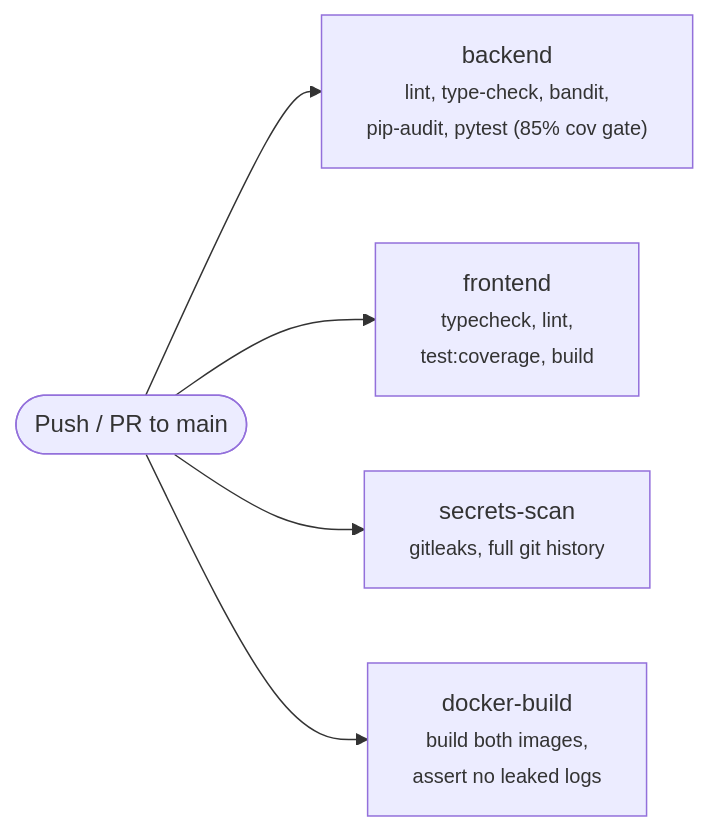
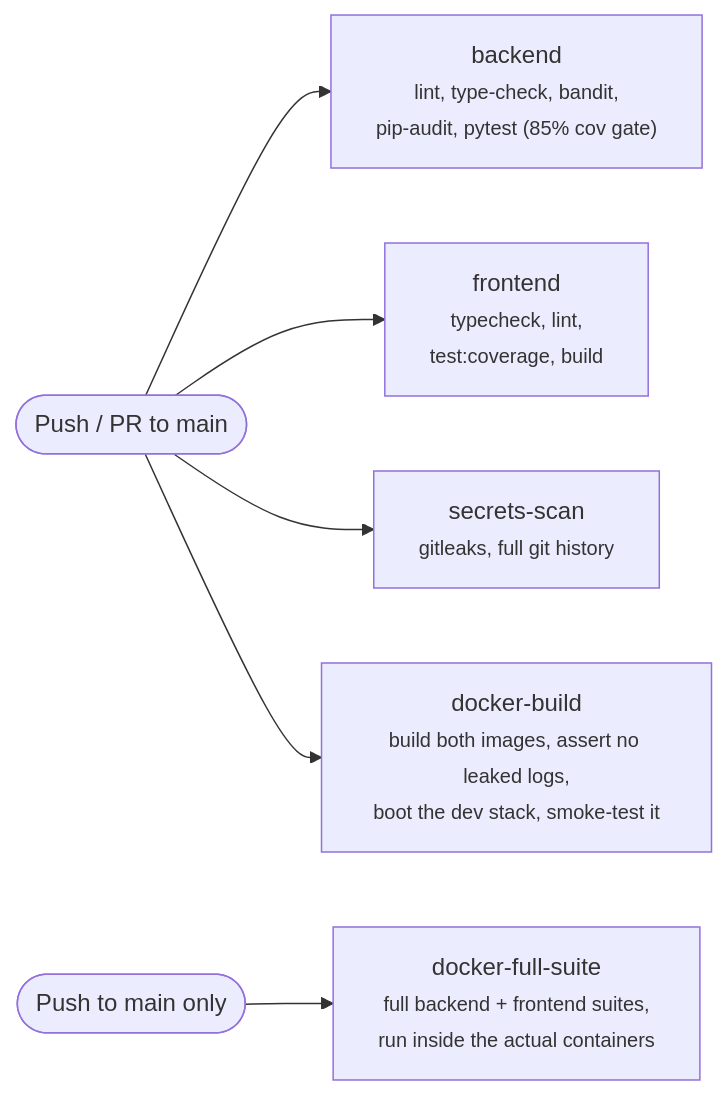
One commit to Nachiket-2024/mystic-auth changed the diagram in docs/mystic_auth/cicd/overview.md. Above: the diagram before and after it, drawn with Mermaid. The commit also changed other lines of this file and 49 other files, not shown here.

````diff
--- a/docs/mystic_auth/cicd/overview.md
+++ b/docs/mystic_auth/cicd/overview.md
@@ -7,9 +7,11 @@
 ```mermaid
 flowchart LR
     Trigger(["Push / PR to main"])
+    TriggerMain(["Push to main only"])
 
     Trigger --> Backend["backend<br/><small>lint, type-check, bandit,<br/>pip-audit, pytest (85% cov gate)</small>"]
     Trigger --> Frontend["frontend<br/><small>typecheck, lint,<br/>test:coverage, build</small>"]
     Trigger --> Secrets["secrets-scan<br/><small>gitleaks, full git history</small>"]
-    Trigger --> DockerBuild["docker-build<br/><small>build both images,<br/>assert no leaked logs</small>"]
+    Trigger --> DockerBuild["docker-build<br/><small>build both images, assert no leaked logs,<br/>boot the dev stack, smoke-test it</small>"]
+    TriggerMain --> DockerFullSuite["docker-full-suite<br/><small>full backend + frontend suites,<br/>run inside the actual containers</small>"]
 ```
````
